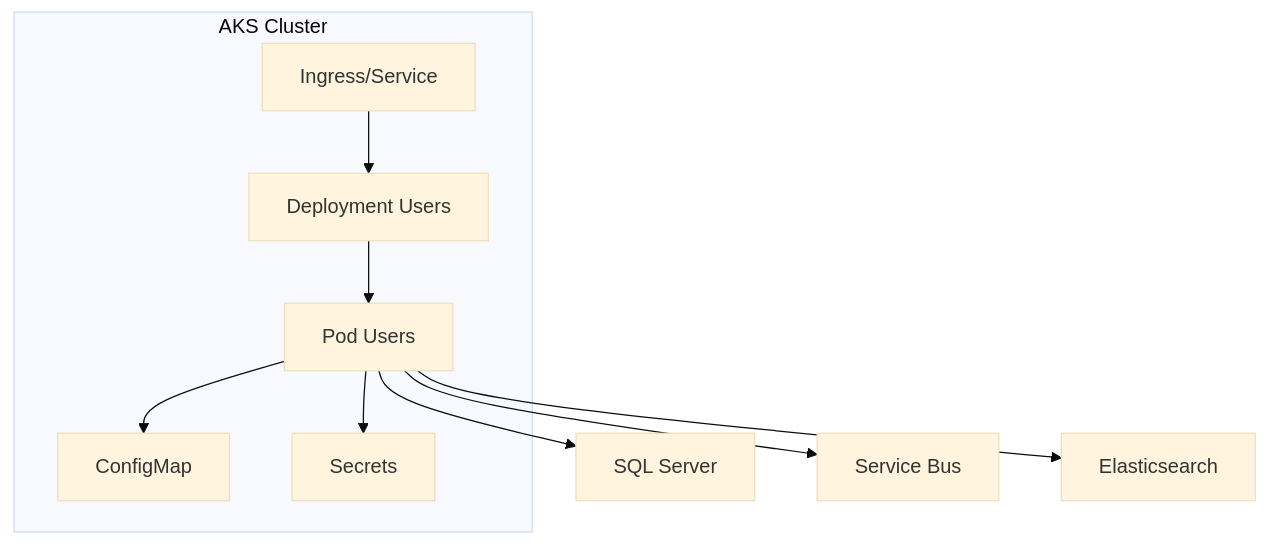
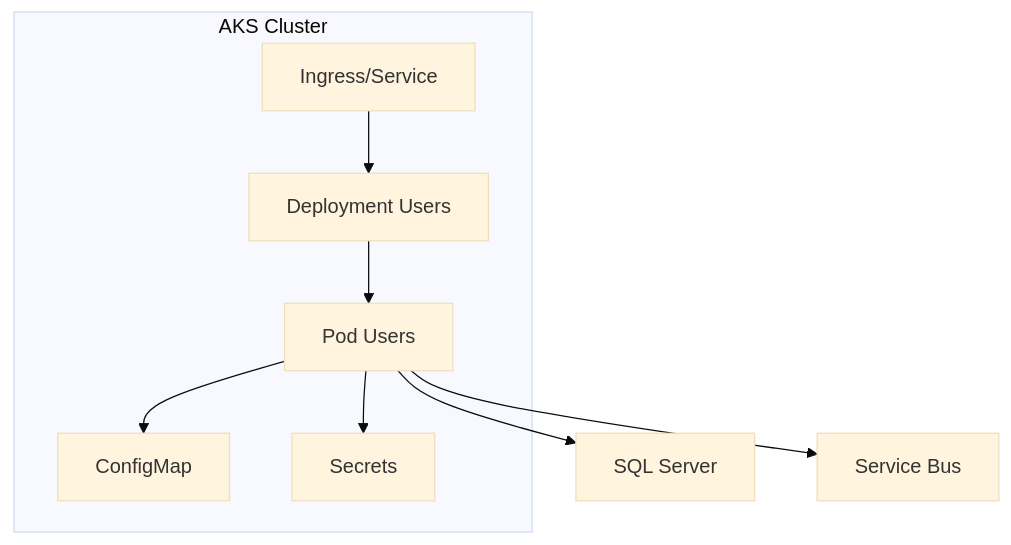
The third of 3 diagrams in README.md (deiserech/fiap-solidarity-connection-donors), drawn with Mermaid (base theme) before and after one commit. The commit also changed other lines of this file and 134 other files, not shown here.

````diff
--- a/README.md
+++ b/README.md
@@ -130,12 +127,11 @@
 ```mermaid
 flowchart TB
   subgraph AKS[AKS Cluster]
     ing[Ingress/Service] --> dep[Deployment Users]
     dep --> pod[Pod Users]
     pod --> cm[ConfigMap]
     pod --> sec[Secrets]
   end
   pod --> sql[SQL Server]
   pod --> sb[Service Bus]
-  pod --> es[Elasticsearch]
 ```
````
